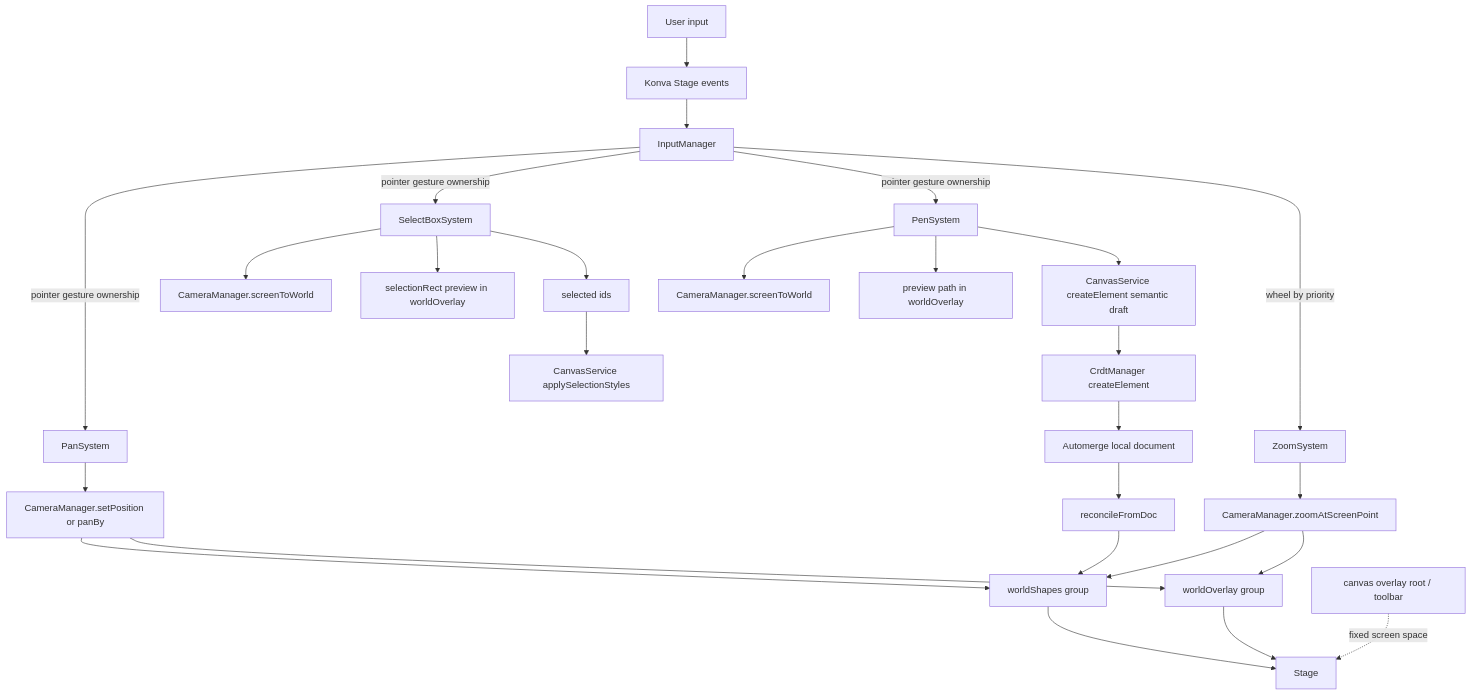
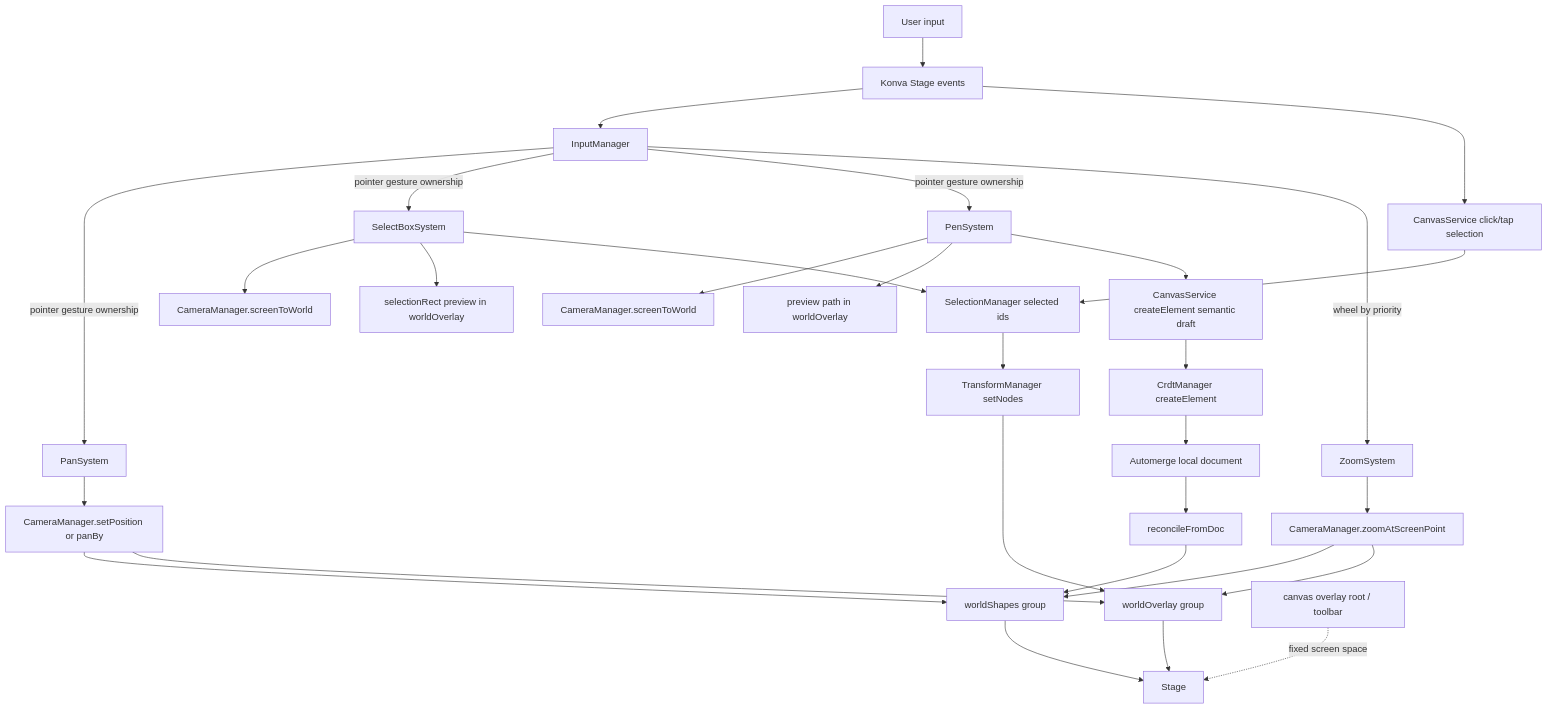
One commit to vibecanvas/vibecanvas changed the diagram in specs/spec.canvas.md. Above: the diagram before and after it, drawn with Mermaid. The commit also changed other lines of this file, not shown here.

Commit message:
feat: introduce SelectionManager and TransformManager to centralize selection state and transform visuals, and refactor canvas selection and transform handle logic.

````diff
--- a/specs/spec.canvas.md
+++ b/specs/spec.canvas.md
@@ -451,35 +498,38 @@
 ```mermaid
 flowchart TD
   U1[User input] --> S1[Konva Stage events]
   S1 --> IM[InputManager]
+  S1 --> CS[CanvasService click/tap selection]
 
   IM -->|pointer gesture ownership| P1[PanSystem]
   IM -->|pointer gesture ownership| SB1[SelectBoxSystem]
   IM -->|pointer gesture ownership| PEN1[PenSystem]
   IM -->|wheel by priority| Z1[ZoomSystem]
 
   P1 --> C1[CameraManager.setPosition or panBy]
   Z1 --> C2[CameraManager.zoomAtScreenPoint]
   SB1 --> C3[CameraManager.screenToWorld]
   PEN1 --> C4[CameraManager.screenToWorld]
 
   C1 --> WG1[worldShapes group]
   C1 --> WG2[worldOverlay group]
   C2 --> WG1
   C2 --> WG2
 
   SB1 --> SR[selectionRect preview in worldOverlay]
-  SB1 --> SEL[selected ids]
-  SEL --> CV[CanvasService applySelectionStyles]
+  SB1 --> SEL[SelectionManager selected ids]
+  CS --> SEL
+  SEL --> TR[TransformManager setNodes]
+  TR --> WG2
 
   PEN1 --> PP[preview path in worldOverlay]
   PEN1 --> CE[CanvasService createElement semantic draft]
   CE --> CRDT[CrdtManager createElement]
   CRDT --> DOC[Automerge local document]
   DOC --> REC[reconcileFromDoc]
   REC --> WG1
 
   DOM[canvas overlay root / toolbar] -. fixed screen space .-> STAGE[Stage]
   WG1 --> STAGE
   WG2 --> STAGE
 ```
````
